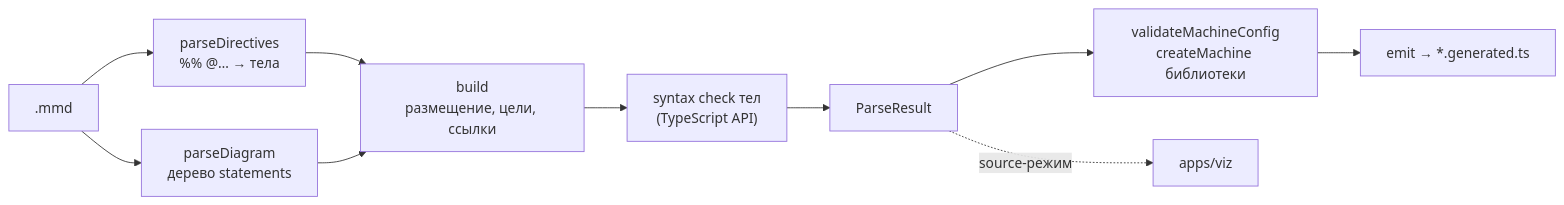
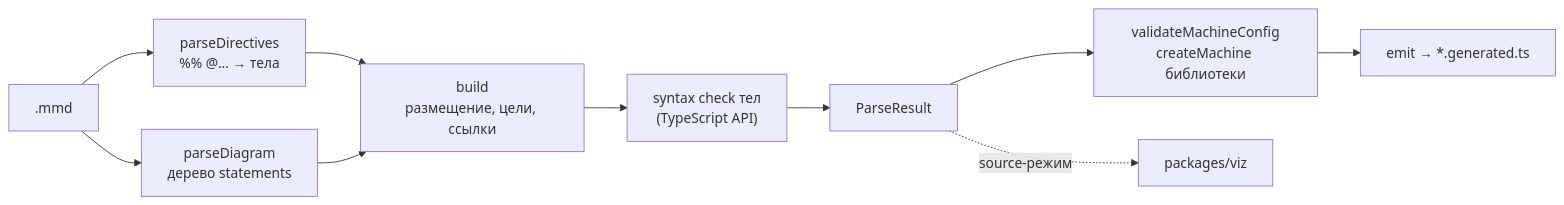
One commit to fozy-labs/statechart changed the diagram in packages/converter/README.md. Above: the diagram before and after it, drawn with Mermaid. The commit also changed other lines of this file and 6 other files, not shown here.

````diff
--- a/packages/converter/README.md
+++ b/packages/converter/README.md
@@ -45,12 +46,12 @@
 ```mermaid
 flowchart LR
     MMD[".mmd"] --> DIR["parseDirectives<br/>%% @… → тела"]
     MMD --> DIA["parseDiagram<br/>дерево statements"]
     DIR --> BLD["build<br/>размещение, цели, ссылки"]
     DIA --> BLD
     BLD --> CHK["syntax check тел<br/>(TypeScript API)"]
     CHK --> RES["ParseResult"]
     RES --> GATE["validateMachineConfig<br/>createMachine библиотеки"]
     GATE --> EMIT["emit → *.generated.ts"]
-    RES -. "source-режим" .-> VIZ["apps/viz"]
+    RES -. "source-режим" .-> VIZ["packages/viz"]
 ```
````
